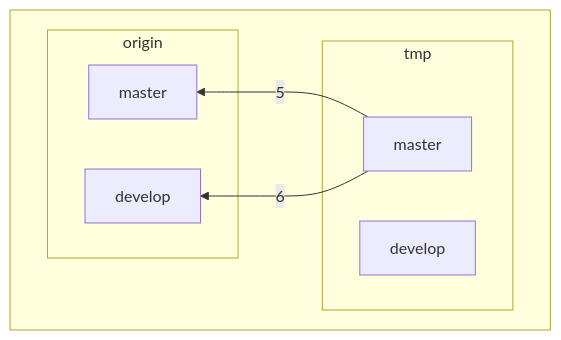
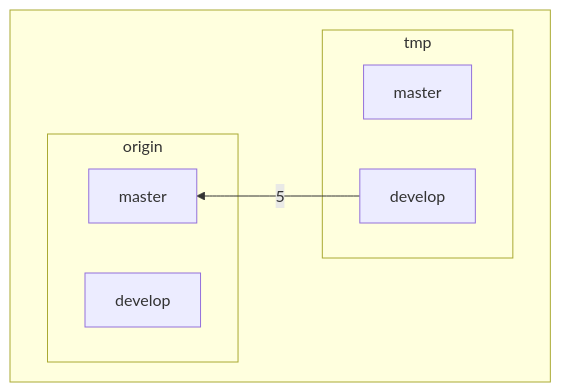
Before and after one commit to noraworld/devlog: diagram 12 of 20 in articles/cherry-pick-operation.md, drawn with Mermaid. The commit also changed other lines of this file, not shown here.

````diff
--- a/articles/cherry-pick-operation.md
+++ b/articles/cherry-pick-operation.md
@@ -419,19 +418,18 @@
 ```mermaid
 flowchart
     subgraph repository[ ]
         direction RL
 
         subgraph origin
             origin_master[master]
             origin_develop[develop]
         end
 
         subgraph tmp
             tmp_master[master]
             tmp_develop[develop]
         end
 
-        tmp_master --> |5| origin_master
-        tmp_master --> |6| origin_develop
+        tmp_develop --> |5| origin_master
     end
 ```
````
